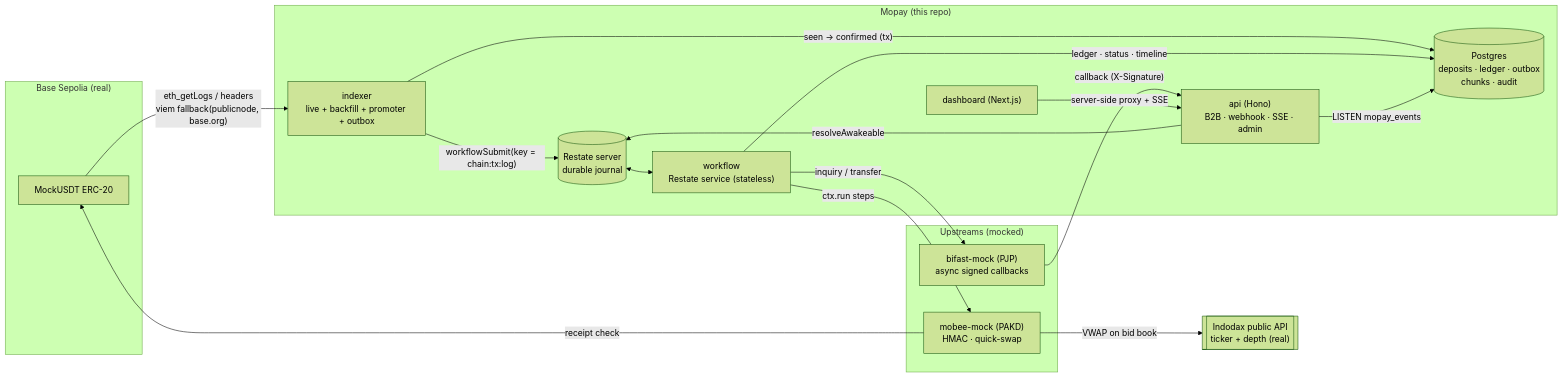
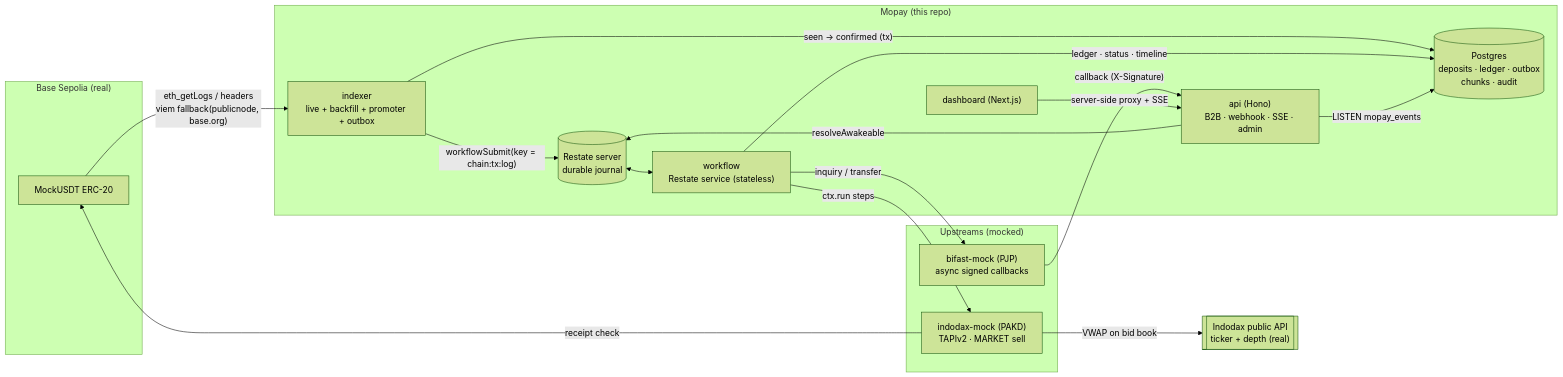
Before and after one commit to faisalganteng1265/B2B-Test: the first of 3 diagrams in docs/architecture.md, drawn with Mermaid (forest theme). The commit also changed other lines of this file and 5 other files, not shown here.

````diff
--- a/docs/architecture.md
+++ b/docs/architecture.md
@@ -9,33 +9,33 @@
 ```mermaid
 flowchart LR
   subgraph chain["Base Sepolia (real)"]
     T[MockUSDT ERC-20]
   end
   subgraph mopay["Mopay (this repo)"]
     IDX["indexer<br/>live + backfill + promoter + outbox"]
     WF["workflow<br/>Restate service (stateless)"]
     API["api (Hono)<br/>B2B · webhook · SSE · admin"]
     DASH["dashboard (Next.js)"]
     PG[("Postgres<br/>deposits · ledger · outbox<br/>chunks · audit")]
     RS[("Restate server<br/>durable journal")]
   end
   subgraph ext["Upstreams (mocked)"]
-    MOB["mobee-mock (PAKD)<br/>HMAC · quick-swap"]
+    MOB["indodax-mock (PAKD)<br/>TAPIv2 · MARKET sell"]
     BIF["bifast-mock (PJP)<br/>async signed callbacks"]
   end
   IDXR[["Indodax public API<br/>ticker + depth (real)"]]
 
   T -- "eth_getLogs / headers<br/>viem fallback(publicnode, base.org)" --> IDX
   IDX -- "seen → confirmed (tx)" --> PG
   IDX -- "workflowSubmit(key = chain:tx:log)" --> RS
   RS <--> WF
   WF -- "ctx.run steps" --> MOB
   WF -- "inquiry / transfer" --> BIF
   WF -- "ledger · status · timeline" --> PG
   MOB -- "VWAP on bid book" --> IDXR
   MOB -- "receipt check" --> T
   BIF -- "callback (X-Signature)" --> API
   API -- "resolveAwakeable" --> RS
   API -- "LISTEN mopay_events" --> PG
   DASH -- "server-side proxy + SSE" --> API
 ```
````
